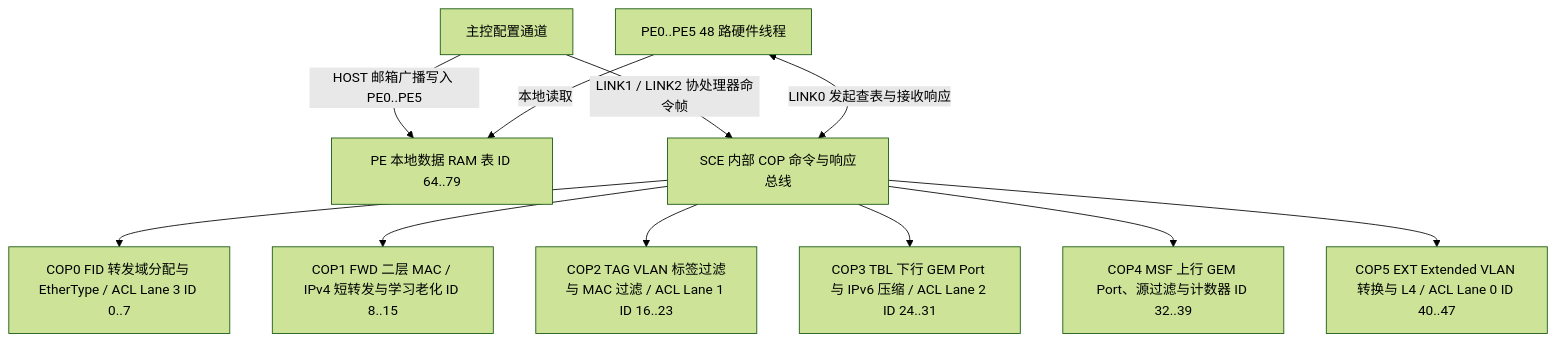
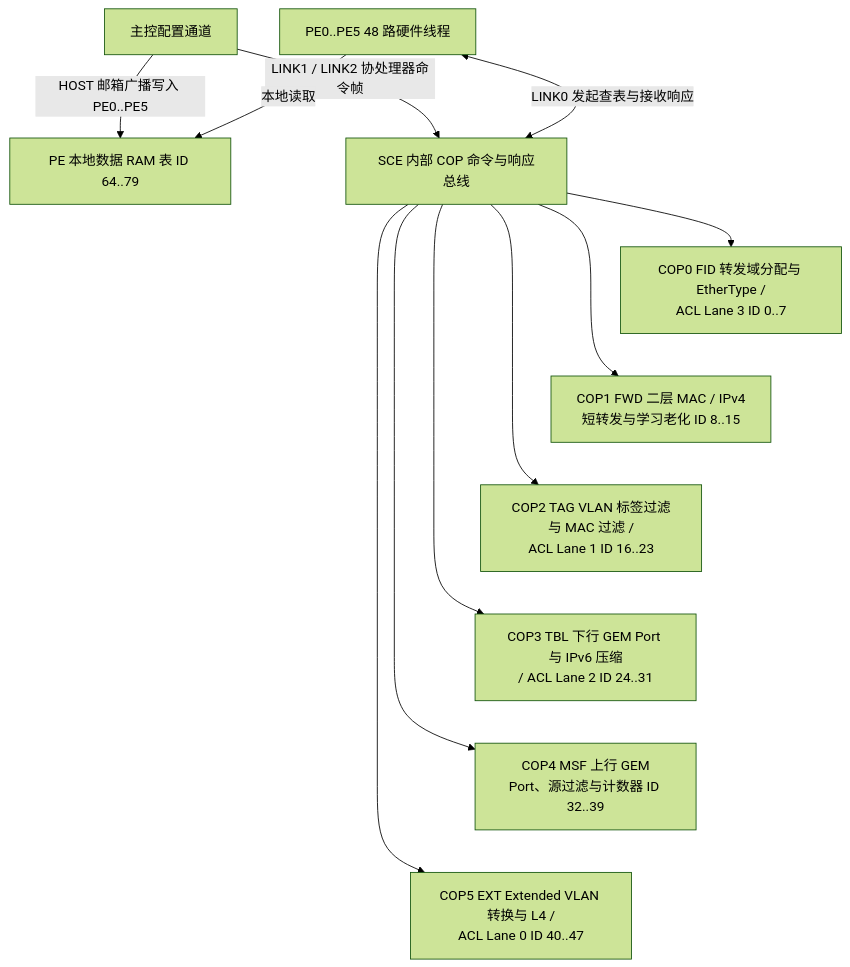
The first of 2 diagrams in 08_data_flow/03_table_engine_and_rules.md (difanz/lantiq-falcon-s-docs), drawn with Mermaid (forest theme) before and after one commit. The commit also changed other lines of this file and 33 other files, not shown here.

Commit message:
Improve diagram readability and adopt the Material theme

````diff
--- a/08_data_flow/03_table_engine_and_rules.md
+++ b/08_data_flow/03_table_engine_and_rules.md
@@ -5,13 +5,14 @@
 ```mermaid
 flowchart TD
     HOST["主控配置通道"] -->|HOST 邮箱广播写入 PE0..PE5| PE_RAM["PE 本地数据 RAM 表 ID 64..79"]
     HOST -->|LINK1 / LINK2 协处理器命令帧| COP_BUS["SCE 内部 COP 命令与响应总线"]
     PE_THREAD["PE0..PE5 48 路硬件线程"] -->|本地读取| PE_RAM
     PE_THREAD <-->|LINK0 发起查表与接收响应| COP_BUS
-    COP_BUS --> COP0["COP0 FID 转发域分配与 EtherType / ACL Lane 3 ID 0..7"]
-    COP_BUS --> COP1["COP1 FWD 二层 MAC / IPv4 短转发与学习老化 ID 8..15"]
-    COP_BUS --> COP2["COP2 TAG VLAN 标签过滤与 MAC 过滤 / ACL Lane 1 ID 16..23"]
-    COP_BUS --> COP3["COP3 TBL 下行 GEM Port 与 IPv6 压缩 / ACL Lane 2 ID 24..31"]
-    COP_BUS --> COP4["COP4 MSF 上行 GEM Port、源过滤与计数器 ID 32..39"]
-    COP_BUS --> COP5["COP5 EXT Extended VLAN 转换与 L4 / ACL Lane 0 ID 40..47"]
+    COP_BUS --> COP0["COP0 FID 转发域分配与 EtherType /<br/>ACL Lane 3 ID 0..7"]
+    COP_BUS --> COP1["COP1 FWD 二层 MAC / IPv4<br/>短转发与学习老化 ID 8..15"]
+    COP_BUS --> COP2["COP2 TAG VLAN 标签过滤与 MAC 过滤 /<br/>ACL Lane 1 ID 16..23"]
+    COP_BUS --> COP3["COP3 TBL 下行 GEM Port 与 IPv6 压缩<br/>/ ACL Lane 2 ID 24..31"]
+    COP_BUS --> COP4["COP4 MSF 上行 GEM<br/>Port、源过滤与计数器 ID 32..39"]
+    COP_BUS --> COP5["COP5 EXT Extended VLAN 转换与 L4 /<br/>ACL Lane 0 ID 40..47"]
+    COP0 ~~~ COP1 ~~~ COP2 ~~~ COP3 ~~~ COP4 ~~~ COP5
 ```
````
